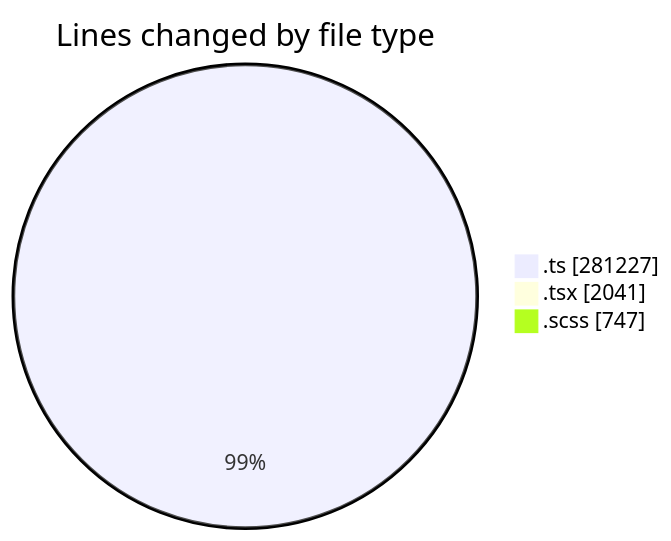
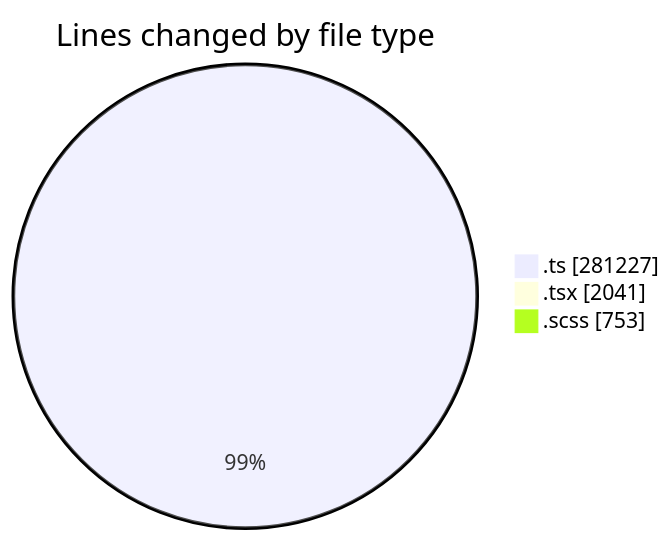
One commit to momahboobian/code-tracking changed the first of 2 diagrams in 2025-08-22/cda/README.md. Above: the diagram before and after it, drawn with Mermaid. The commit also changed other lines of this file and 1 other file, not shown here.

````diff
--- a/2025-08-22/cda/README.md
+++ b/2025-08-22/cda/README.md
@@ -42,7 +42,7 @@
 ```mermaid
 pie showData
 title Lines changed by file type
 ".ts" : 281227
 ".tsx" : 2041
-".scss" : 747
+".scss" : 753
 ```
````
